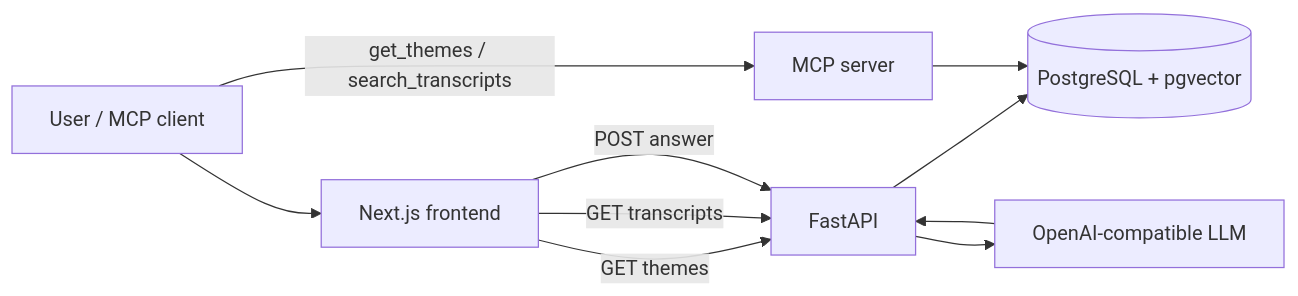
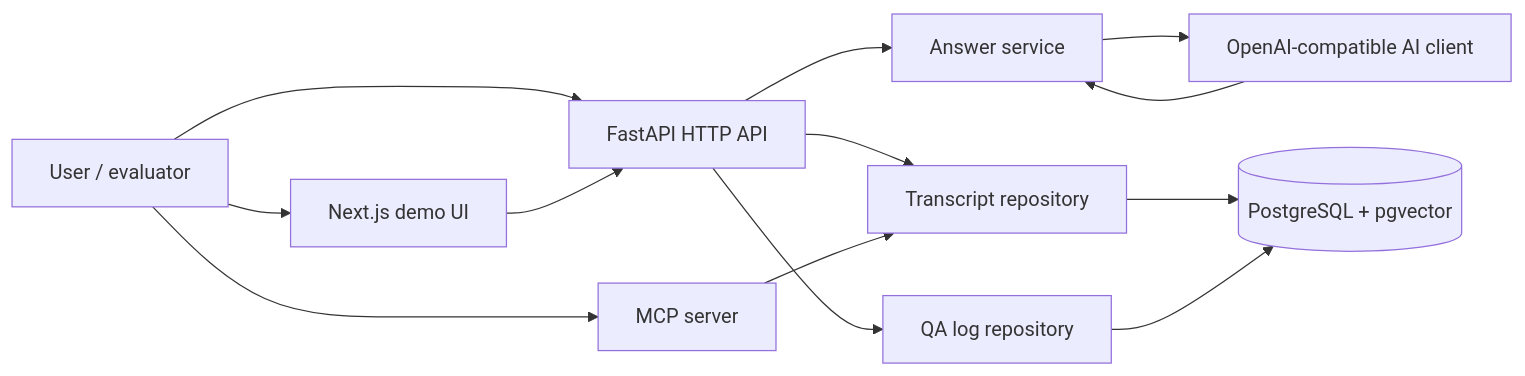
The diagram in README.md (monok8i/xdent-ai-operator), drawn with Mermaid before and after one commit. The commit also changed other lines of this file, not shown here.

Commit message:
feat: update README.md to clarify system architecture and functionality; enhance descriptions of data flows and components

````diff
--- a/README.md
+++ b/README.md
@@ -21,12 +29,17 @@
 ```mermaid
 flowchart LR
-	U[User / MCP client] --> F[Next.js frontend]
-	F -->|GET themes| API[FastAPI]
-	F -->|GET transcripts| API
-	F -->|POST answer| API
-	U -->|get_themes / search_transcripts| MCP[MCP server]
-	API --> DB[(PostgreSQL + pgvector)]
-	MCP --> DB
-	API --> LLM[OpenAI-compatible LLM]
-	LLM --> API
+    U[User / evaluator] --> UI[Next.js demo UI]
+    U --> API[FastAPI HTTP API]
+    U --> MCP[MCP server]
+
+    UI --> API
+    API --> SRV[Answer service]
+    API --> TR[Transcript repository]
+    API --> LOG[QA log repository]
+    MCP --> TR
+
+    TR --> DB[(PostgreSQL + pgvector)]
+    SRV --> AI[OpenAI-compatible AI client]
+    AI --> SRV
+    LOG --> DB
 ```
````
